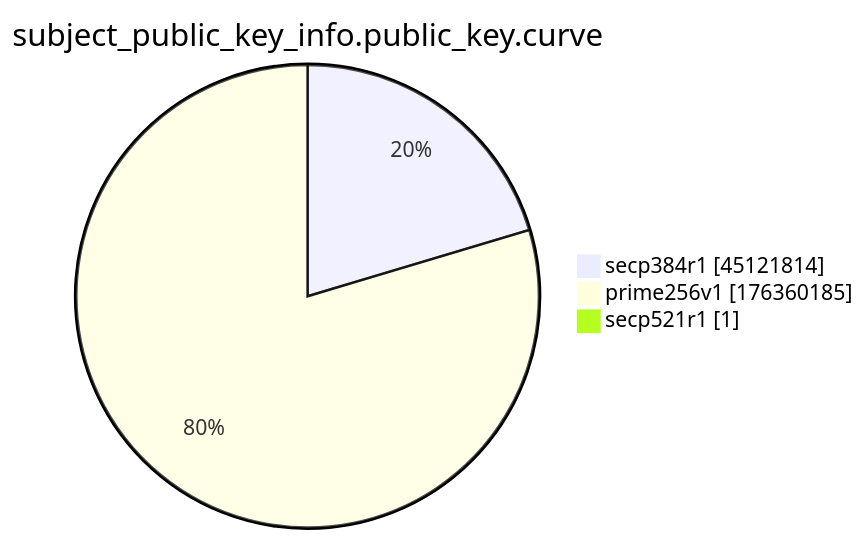
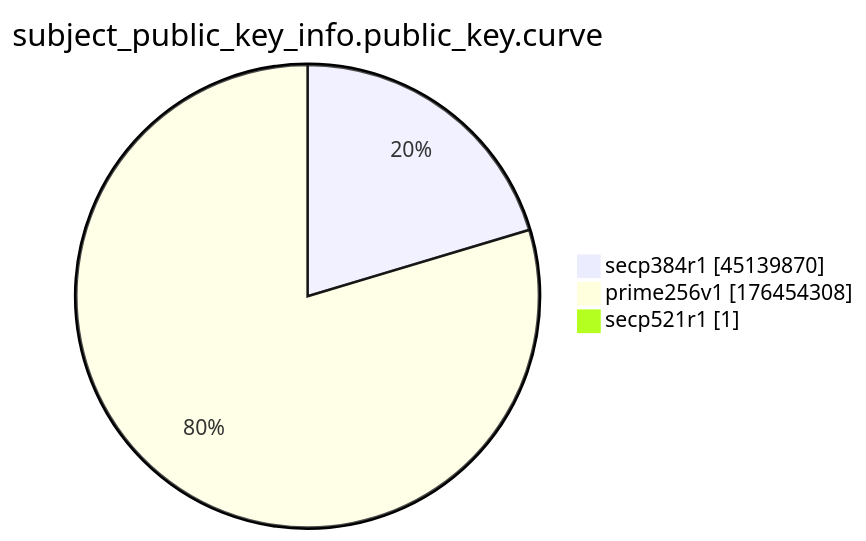
Before and after one commit to christiankrug/ctmonitor_visualization: the ninth of 15 diagrams in xenon2022/README.md, drawn with Mermaid. The commit also changed other lines of this file, not shown here.

````diff
--- a/xenon2022/README.md
+++ b/xenon2022/README.md
@@ -2872,7 +2872,7 @@
 ```mermaid
 pie showData
 title subject_public_key_info.public_key.curve
-"secp384r1" :45121814
-"prime256v1" :176360185
+"secp384r1" :45139870
+"prime256v1" :176454308
 "secp521r1" :1
 ```
````
